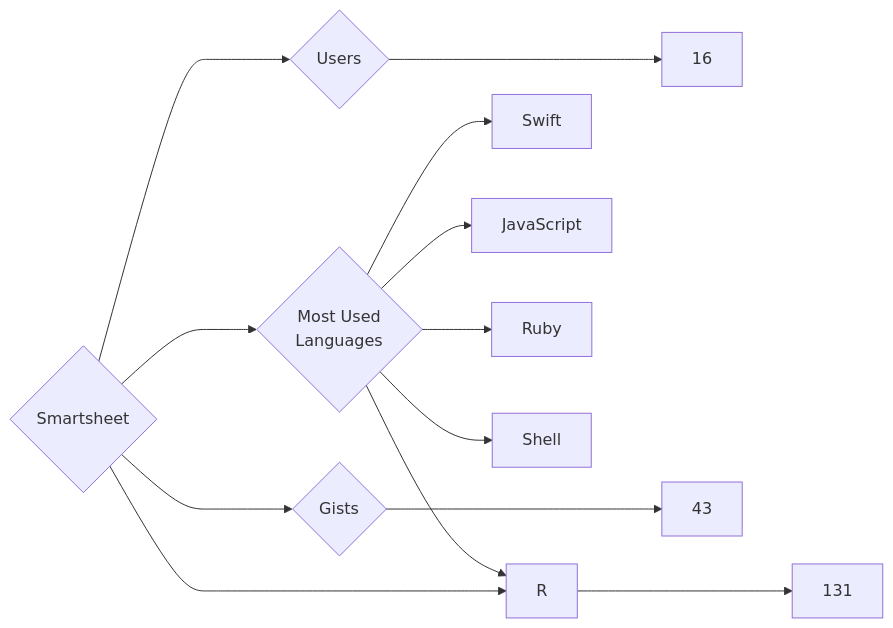
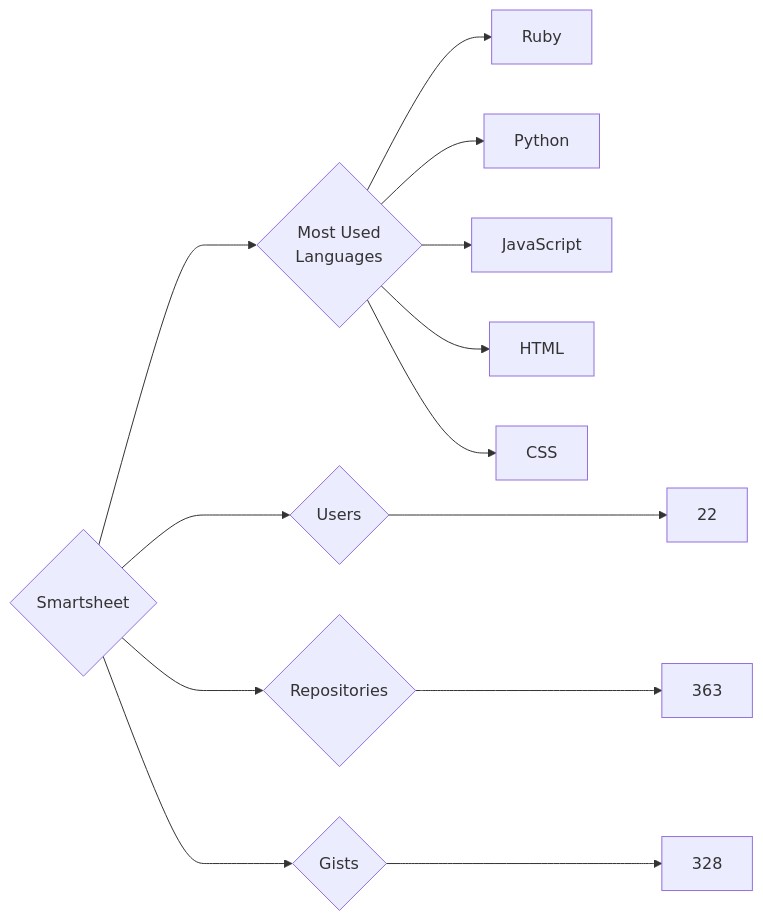
The diagram in targets/Smartsheet/README.md (trickest/insiders), drawn with Mermaid before and after one commit. The commit also changed 964 other files, not shown here.

````diff
--- a/targets/Smartsheet/README.md
+++ b/targets/Smartsheet/README.md
@@ -3,13 +3,13 @@
 ```mermaid
 graph LR
 COMPANY_NAME{Smartsheet}
-COMPANY_NAME ---> U{Users} ---> UN[16]
-COMPANY_NAME ---> R{Repositories} ---> RN[131]
-COMPANY_NAME ---> G{Gists} ---> GN[43]
+COMPANY_NAME ---> U{Users} ---> UN[22]
+COMPANY_NAME ---> R{Repositories} ---> RN[363]
+COMPANY_NAME ---> G{Gists} ---> GN[328]
 COMPANY_NAME ---> ML{Most Used<br>Languages}
-ML --> Swift[Swift]
+ML --> Ruby[Ruby]
+ML --> Python[Python]
 ML --> JavaScript[JavaScript]
-ML --> Ruby[Ruby]
-ML --> Shell[Shell]
-ML --> R[R]
+ML --> HTML[HTML]
+ML --> CSS[CSS]
 ```
````
